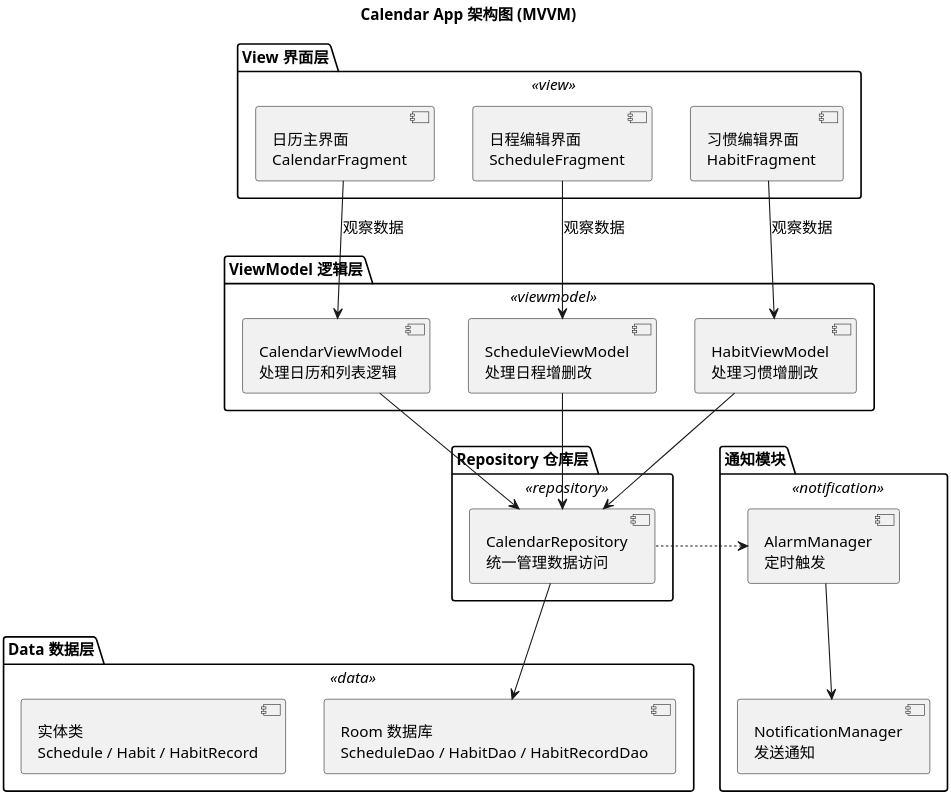
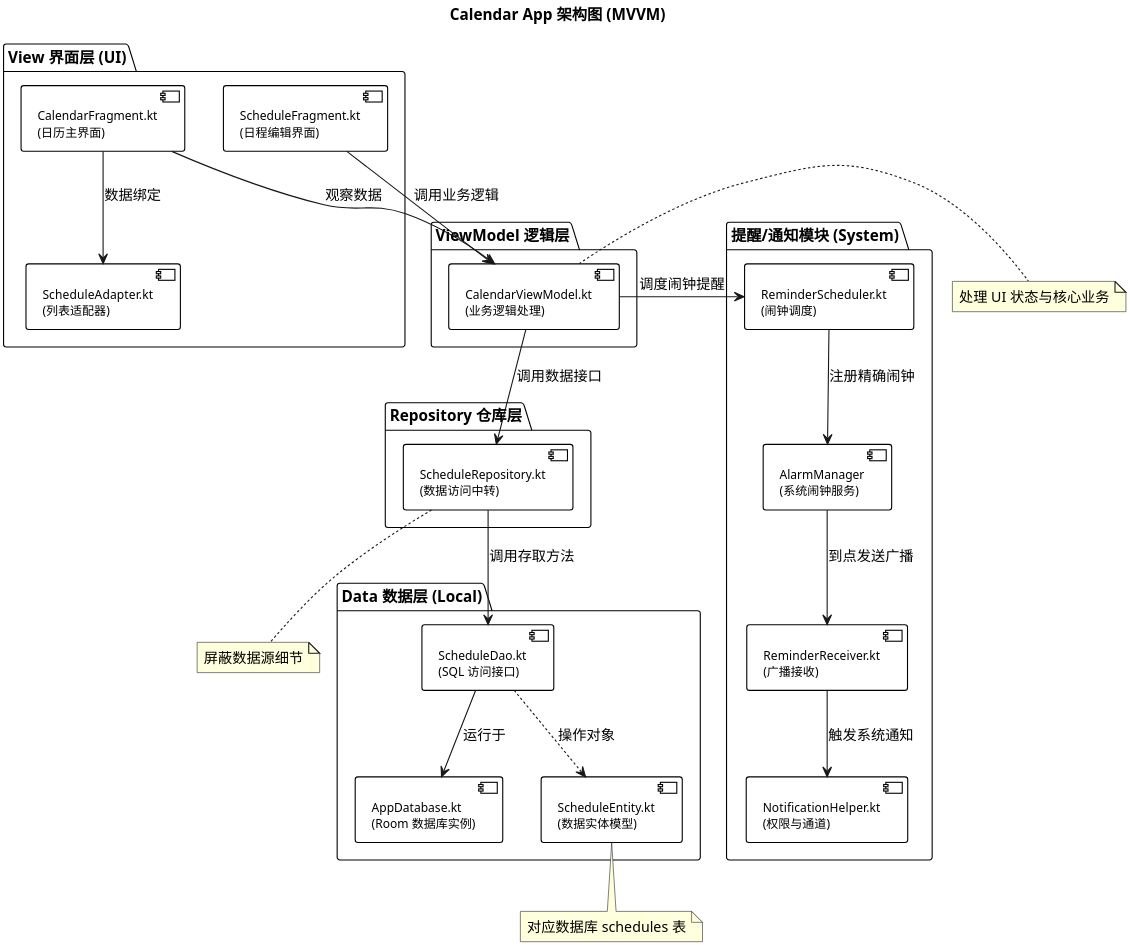
Before and after one commit to surpasslike/Calendar: the diagram in docs/uml/High-level-Architecture-Diagram.puml, drawn with PlantUML. The commit also changed 3 other files, not shown here.

Commit message:
fix[UML]修改用例图和架构图

```diff
--- a/docs/uml/High-level-Architecture-Diagram.puml
+++ b/docs/uml/High-level-Architecture-Diagram.puml
@@ -1,53 +1,73 @@
-  @startuml
-  skinparam dpi 300
-  skinparam backgroundColor #FFFFFF
-  skinparam defaultFontSize 14
+@startuml
+skinparam dpi 300
 
-  title Calendar App 架构图 (MVVM)
+' === 样式设置 ===
+skinparam package {
+    BackgroundColor white
+    BorderColor black
+    FontColor black
+    FontSize 14
+    FontStyle bold
+    BorderThickness 1
+}
 
-  ' === View 界面层 ===
-  package "View 界面层" <<view>> {
-      [日历主界面\nCalendarFragment]
-      [日程编辑界面\nScheduleFragment]
-      [习惯编辑界面\nHabitFragment]
-  }
+skinparam component {
+    BackgroundColor white
+    BorderColor black
+    FontSize 11
+    BorderThickness 1
+}
 
-  ' === ViewModel 逻辑层 ===
-  package "ViewModel 逻辑层" <<viewmodel>> {
-      [CalendarViewModel\n处理日历和列表逻辑]
-      [ScheduleViewModel\n处理日程增删改]
-      [HabitViewModel\n处理习惯增删改]
-  }
+' === 标题 ===
+title <b>Calendar App 架构图 (MVVM)</b>
 
-  ' === Repository 仓库层 ===
-  package "Repository 仓库层" <<repository>> {
-      [CalendarRepository\n统一管理数据访问]
-  }
+' === 分层结构 ===
+package "View 界面层 (UI)" {
+    component "CalendarFragment.kt\n(日历主界面)" as view1
+    component "ScheduleFragment.kt\n(日程编辑界面)" as view2
+    component "ScheduleAdapter.kt\n(列表适配器)" as adapter
+}
 
-  ' === Data 数据层 ===
-  package "Data 数据层" <<data>> {
-      [Room 数据库\nScheduleDao / HabitDao / HabitRecordDao]
-      [实体类\nSchedule / Habit / HabitRecord]
-  }
+package "ViewModel 逻辑层" {
+    component "CalendarViewModel.kt\n(业务逻辑处理)" as vm
+}
 
-  ' === 通知模块 ===
-  package "通知模块" <<notification>> {
-      [AlarmManager\n定时触发]
-      [NotificationManager\n发送通知]
-  }
+package "Repository 仓库层" {
+    component "ScheduleRepository.kt\n(数据访问中转)" as repo
+}
 
-  ' === 连接关系 ===
-  [日历主界面\nCalendarFragment] -down-> [CalendarViewModel\n处理日历和列表逻辑] : 观察数据
-  [日程编辑界面\nScheduleFragment] -down-> [ScheduleViewModel\n处理日程增删改] : 观察数据
-  [习惯编辑界面\nHabitFragment] -down-> [HabitViewModel\n处理习惯增删改] : 观察数据
+package "Data 数据层 (Local)" {
+    component "AppDatabase.kt\n(Room 数据库实例)" as db_inst
+    component "ScheduleDao.kt\n(SQL 访问接口)" as dao
+    component "ScheduleEntity.kt\n(数据实体模型)" as entity
+}
 
-  [CalendarViewModel\n处理日历和列表逻辑] -down-> [CalendarRepository\n统一管理数据访问]
-  [ScheduleViewModel\n处理日程增删改] -down-> [CalendarRepository\n统一管理数据访问]
-  [HabitViewModel\n处理习惯增删改] -down-> [CalendarRepository\n统一管理数据访问]
+package "提醒/通知模块 (System)" {
+    component "ReminderScheduler.kt\n(闹钟调度)" as reminder
+    component "ReminderReceiver.kt\n(广播接收)" as receiver
+    component "NotificationHelper.kt\n(权限与通道)" as notif_help
+    component "AlarmManager\n(系统闹钟服务)" as alarm
+}
 
-  [CalendarRepository\n统一管理数据访问] -down-> [Room 数据库\nScheduleDao / HabitDao / HabitRecordDao]
-  [CalendarRepository\n统一管理数据访问] .right.> [AlarmManager\n定时触发]
+' === 连接关系 ===
+view1 -down-> vm : 观察数据
+view2 -down-> vm : 调用业务逻辑
+adapter <-up- view1 : 数据绑定
 
-  [AlarmManager\n定时触发] -down-> [NotificationManager\n发送通知]
+vm -down-> repo : 调用数据接口
+vm -right-> reminder : 调度闹钟提醒
 
-  @enduml
+repo -down-> dao : 调用存取方法
+dao -down-> db_inst : 运行于
+dao ..> entity : 操作对象
+
+reminder -down-> alarm : 注册精确闹钟
+alarm -down-> receiver : 到点发送广播
+receiver -down-> notif_help : 触发系统通知
+
+' === 注释 ===
+note right of vm : 处理 UI 状态与核心业务
+note bottom of repo : 屏蔽数据源细节
+note bottom of entity : 对应数据库 schedules 表
+
+@enduml
```
